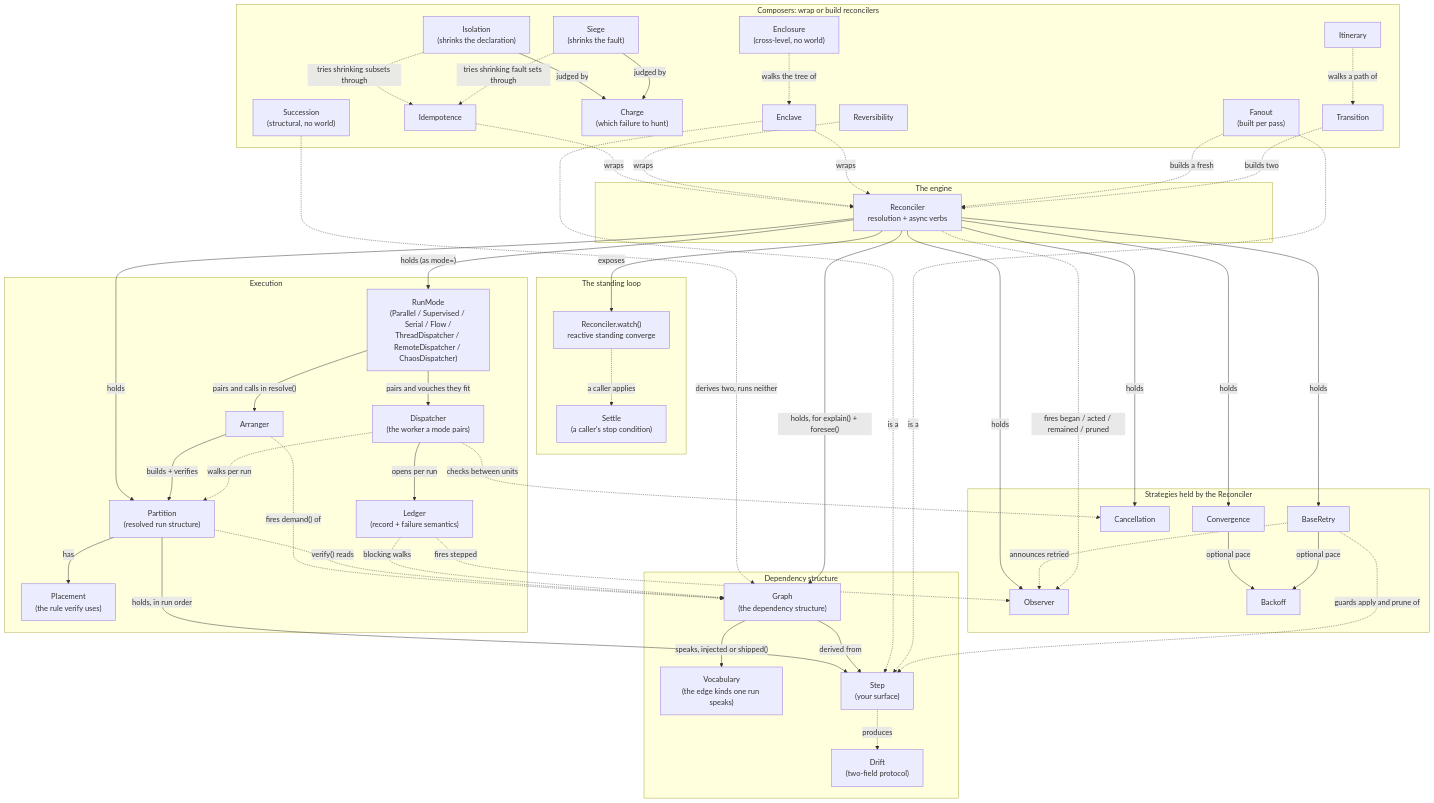
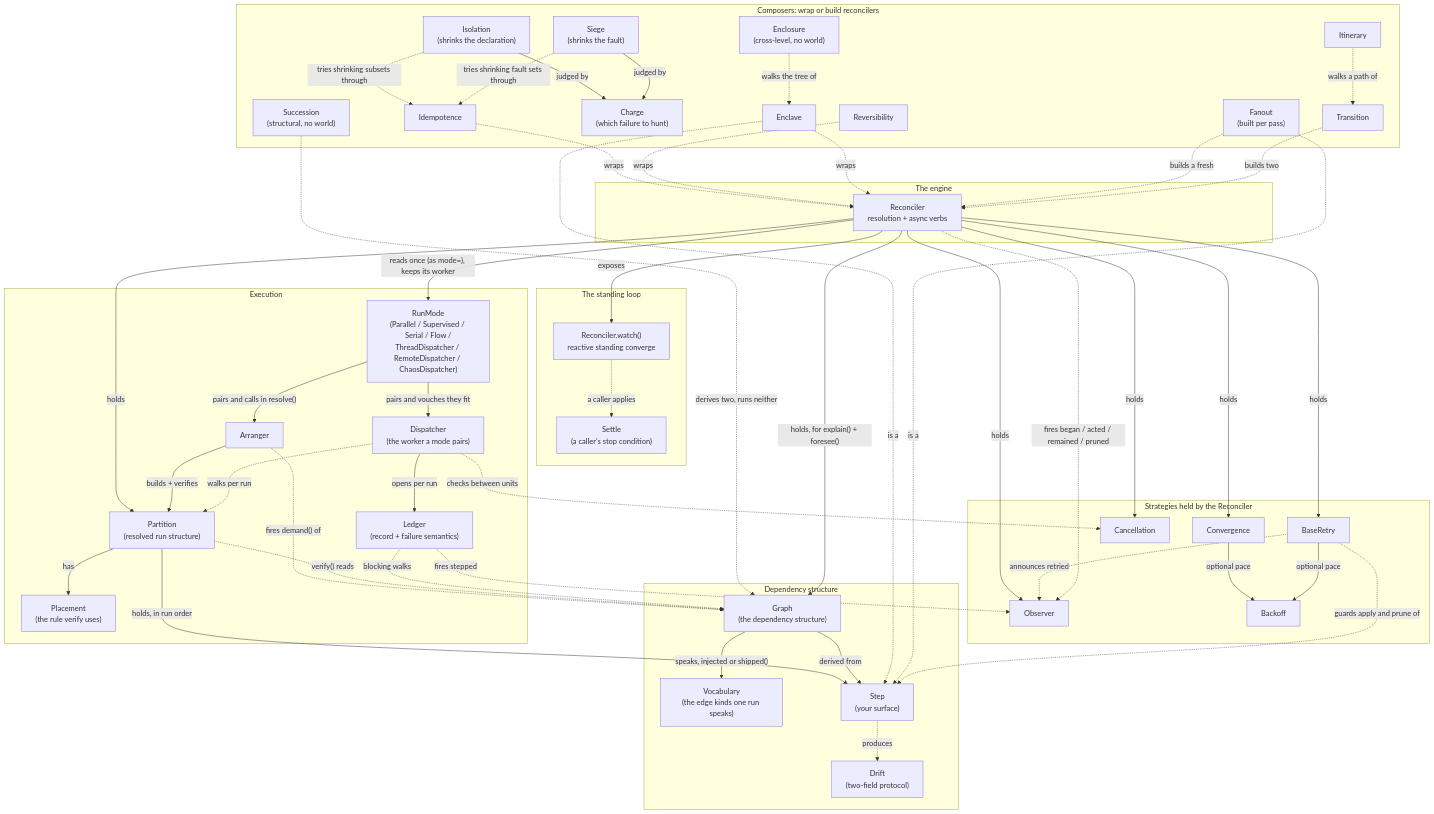
The first of 5 diagrams in docs/architecture.md (pizgariu/cabaxiom), drawn with Mermaid before and after one commit. The commit also changed other lines of this file and 4 other files, not shown here.

```diff
--- a/docs/architecture.md
+++ b/docs/architecture.md
@@ -128,7 +128,7 @@
     Succession -.->|"derives two, runs neither"| Graph
     Enclosure -.->|"walks the tree of"| Enclave
 
-    Reconciler -->|"holds (as mode=)"| RunMode
+    Reconciler -->|"reads once (as mode=), keeps its worker"| RunMode
     RunMode -->|"pairs and vouches they fit"| Dispatcher
     RunMode -->|"pairs and calls in resolve()"| Arranger
     Reconciler -->|holds| Partition
```
